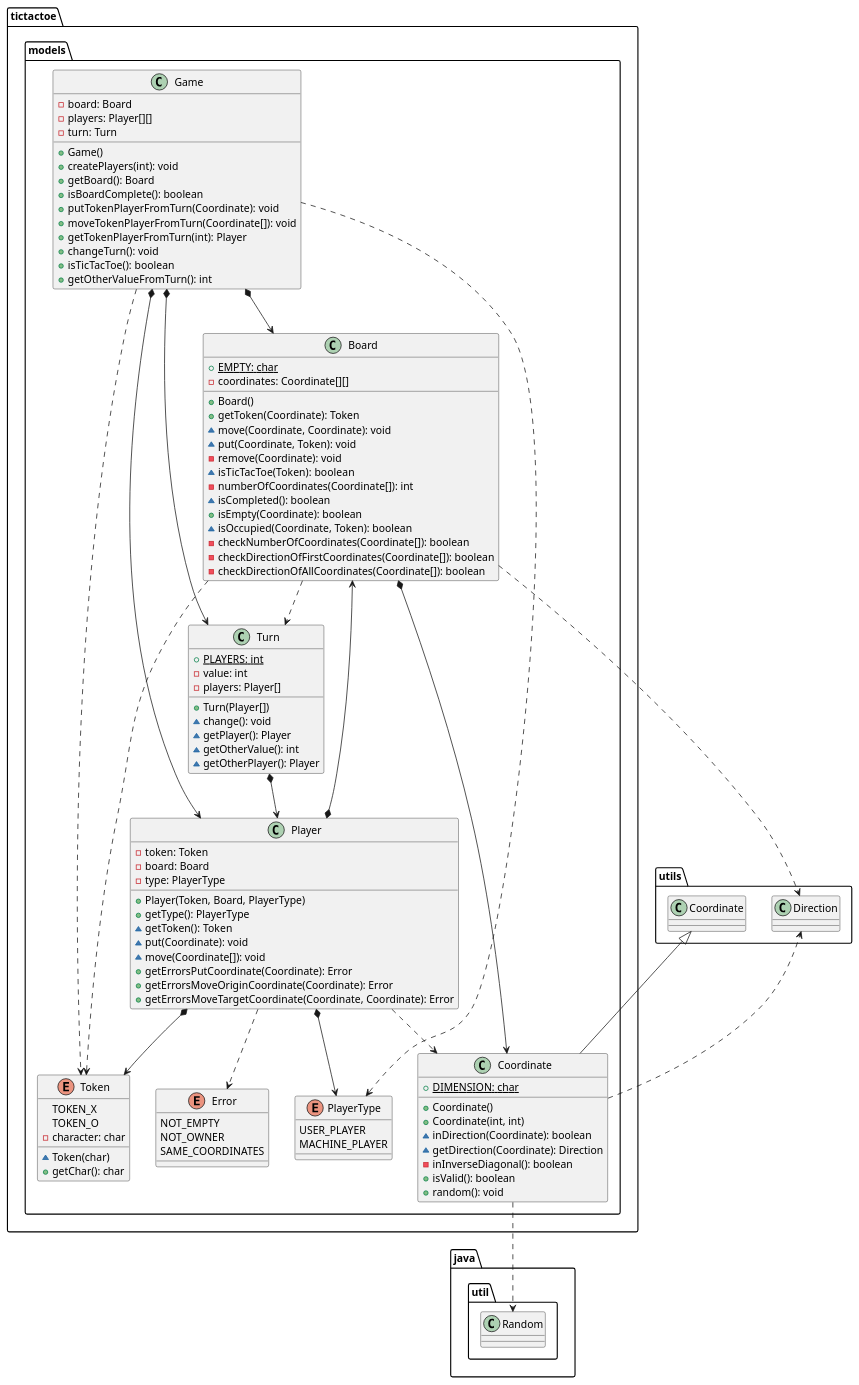
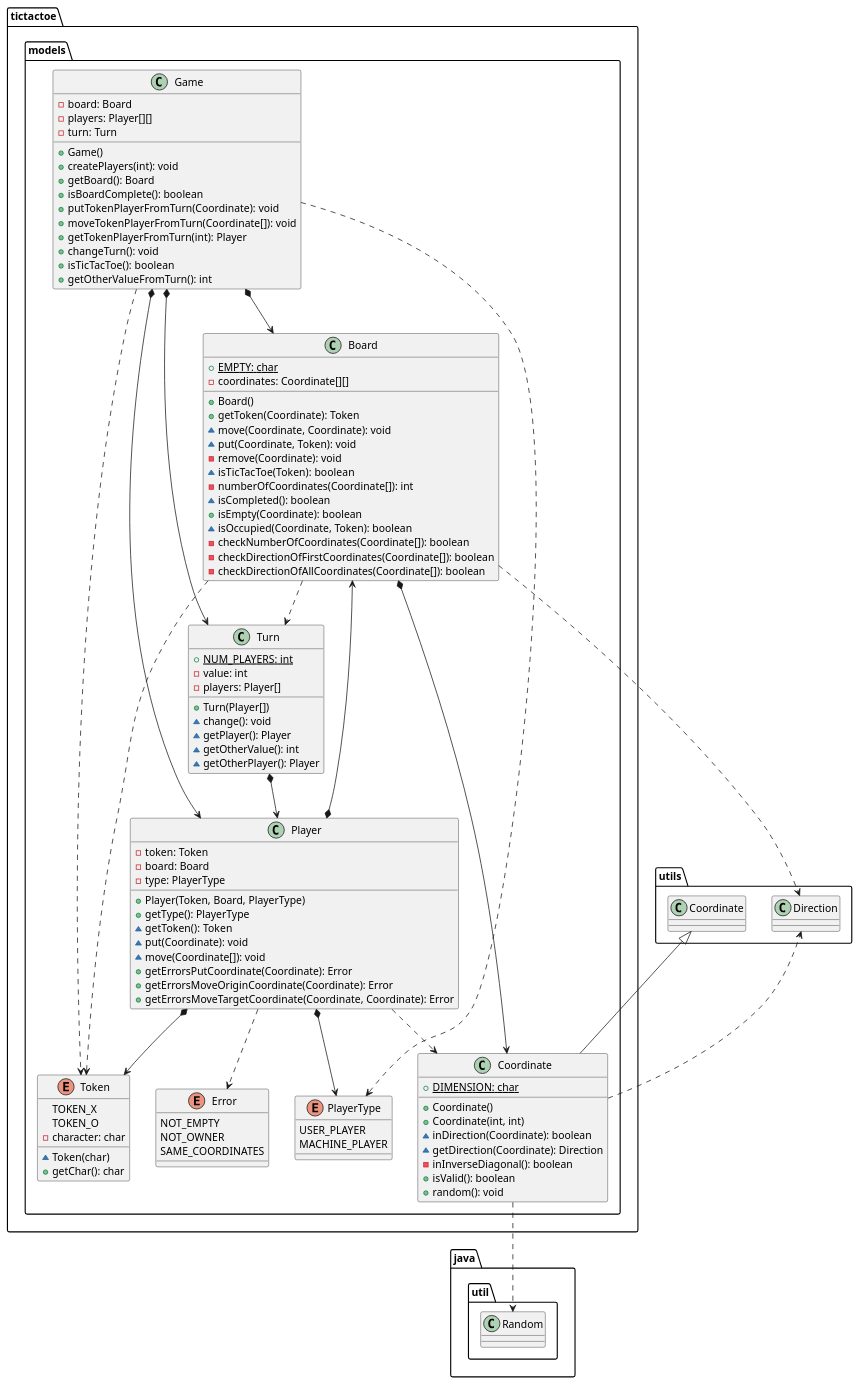
Before and after one commit to x-USantaTecla-game-ticTacToe/java: the third of 5 diagrams in docs/src/docs/asciidoc/index.adoc, drawn with PlantUML. The commit also changed other lines of this file and 10 other files, not shown here.

```diff
--- a/docs/src/docs/asciidoc/index.adoc
+++ b/docs/src/docs/asciidoc/index.adoc
@@ -293,7 +293,7 @@
 }
 
 class  tictactoe.models.Turn{
-+ {static} PLAYERS: int
++ {static} NUM_PLAYERS: int
 - value: int
 - players: Player[]
 + Turn(Player[])
```
